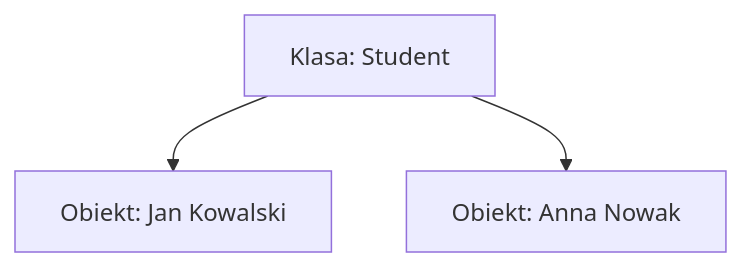
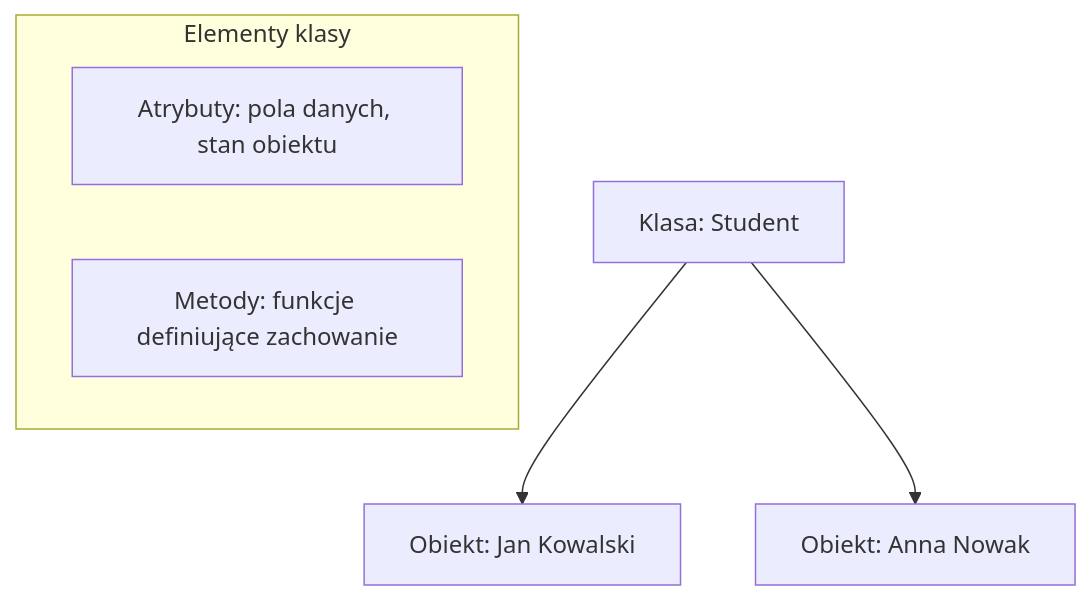
The diagram in labs/lab06.md (zacniewski/materials-about-markup-and-scripting-languages), drawn with Mermaid before and after one commit. The commit also changed other lines of this file, not shown here.

````diff
--- a/labs/lab06.md
+++ b/labs/lab06.md
@@ -9,5 +9,10 @@
 ```mermaid
 graph TD
     Klasa[Klasa: Student] --> Obiekt1[Obiekt: Jan Kowalski]
     Klasa --> Obiekt2[Obiekt: Anna Nowak]
+    
+    subgraph "Elementy klasy"
+    Atrybuty[Atrybuty: pola danych, stan obiektu]
+    Metody[Metody: funkcje definiujące zachowanie]
+    end
 ```
````
